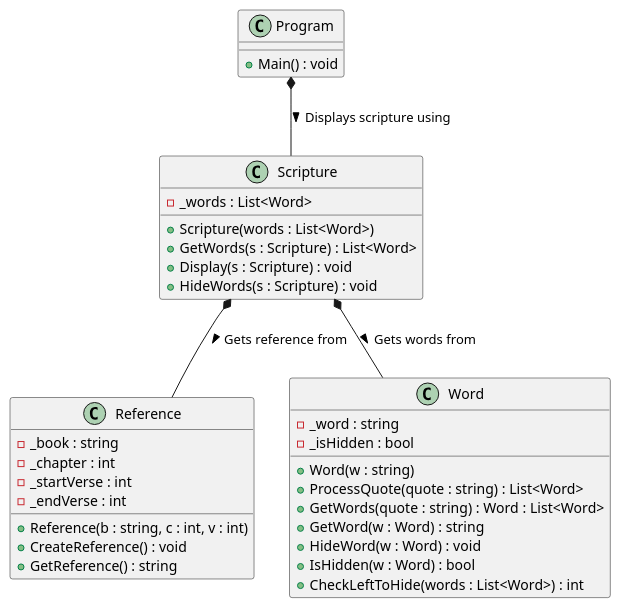
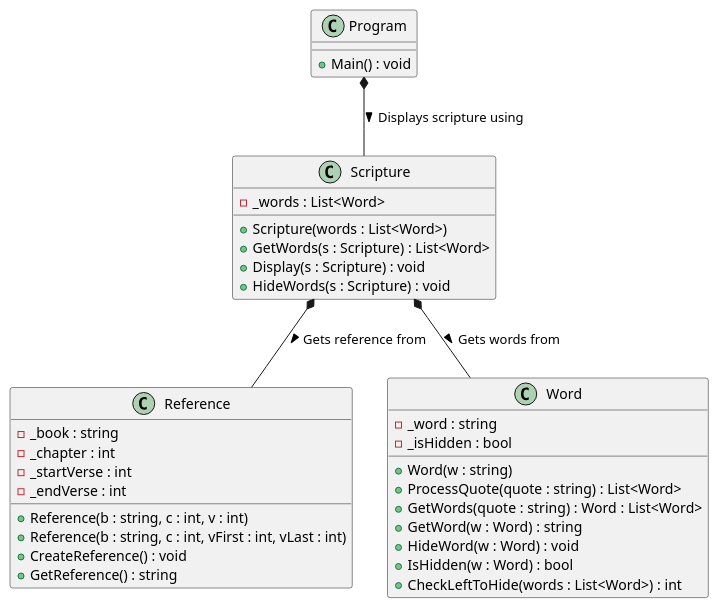
Before and after one commit to hepercretical/cse210-template: the diagram in prove/Develop03/Classes.PlantUML, drawn with PlantUML. The commit also changed 5 other files, not shown here.

```diff
--- a/prove/Develop03/Classes.PlantUML
+++ b/prove/Develop03/Classes.PlantUML
@@ -1,43 +1,44 @@
 @startuml classes
 class Program{
     + Main() : void
 }
 
 class Scripture {
     - _words : List<Word>
  
     + Scripture(words : List<Word>)
     + GetWords(s : Scripture) : List<Word>
     + Display(s : Scripture) : void
     + HideWords(s : Scripture) : void
 }
 
 class Reference{
     - _book : string
     - _chapter : int
     - _startVerse : int
     - _endVerse : int
 
     + Reference(b : string, c : int, v : int)
+    + Reference(b : string, c : int, vFirst : int, vLast : int)
     + CreateReference() : void
     + GetReference() : string
 }
 
 class Word{
     - _word : string
     - _isHidden : bool
     
     + Word(w : string)
     + ProcessQuote(quote : string) : List<Word>
     + GetWords(quote : string) : Word : List<Word>
     + GetWord(w : Word) : string
     + HideWord(w : Word) : void
     + IsHidden(w : Word) : bool
     + CheckLeftToHide(words : List<Word>) : int
 }
 
 Program *-- Scripture : > Displays scripture using
 Scripture *-- Word : > Gets words from
 Scripture *-- Reference : > Gets reference from
 
 @enduml
```
